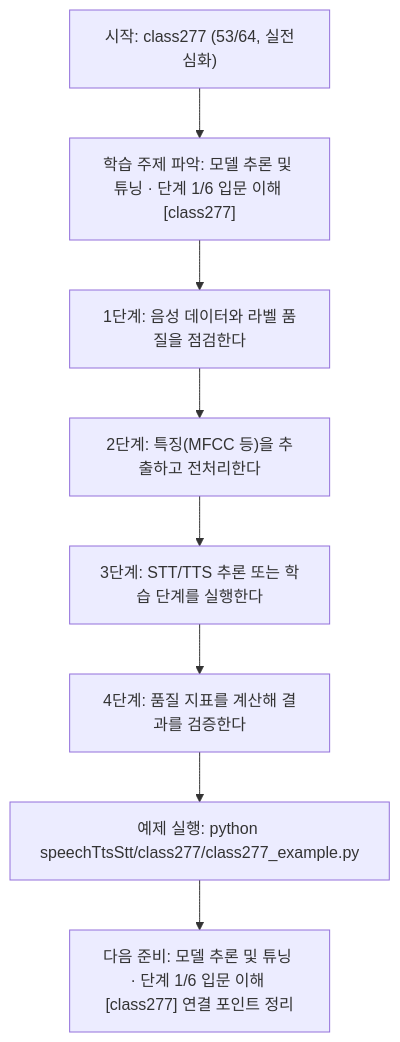
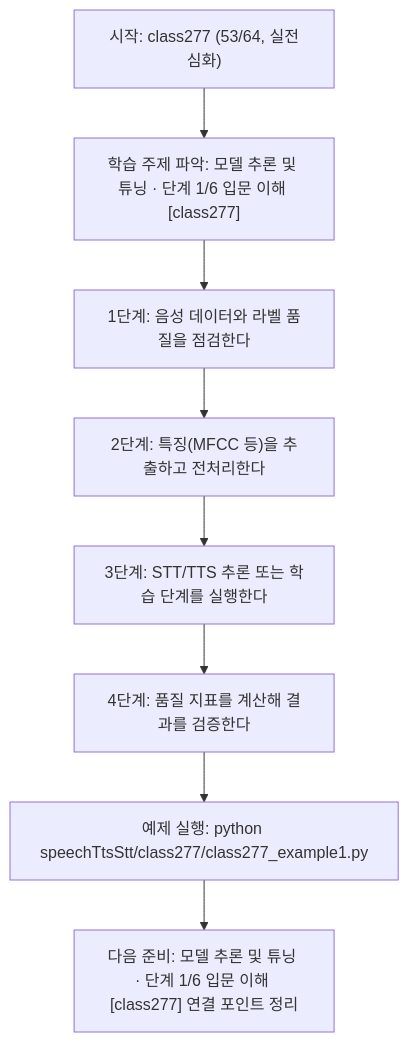
Before and after one commit to edumgt/Python-AI_Agent-Class: the diagram in speechTtsStt/class277/class277.md, drawn with Mermaid. The commit also changed other lines of this file and 2959 other files, not shown here.

````diff
--- a/speechTtsStt/class277/class277.md
+++ b/speechTtsStt/class277/class277.md
@@ -114,18 +114,18 @@
 ```mermaid
 flowchart TD
 N1["시작: class277 (53/64, 실전심화)"]
 N2["학습 주제 파악: 모델 추론 및 튜닝 · 단계 1/6 입문 이해 [class277]"]
 N3["1단계: 음성 데이터와 라벨 품질을 점검한다"]
 N4["2단계: 특징(MFCC 등)을 추출하고 전처리한다"]
 N5["3단계: STT/TTS 추론 또는 학습 단계를 실행한다"]
 N6["4단계: 품질 지표를 계산해 결과를 검증한다"]
-N7["예제 실행: python speechTtsStt/class277/class277_example.py"]
+N7["예제 실행: python speechTtsStt/class277/class277_example1.py"]
 N8["다음 준비: 모델 추론 및 튜닝 · 단계 1/6 입문 이해 [class277] 연결 포인트 정리"]
 N1 --> N2
 N2 --> N3
 N3 --> N4
 N4 --> N5
 N5 --> N6
 N6 --> N7
 N7 --> N8
 ```
````
